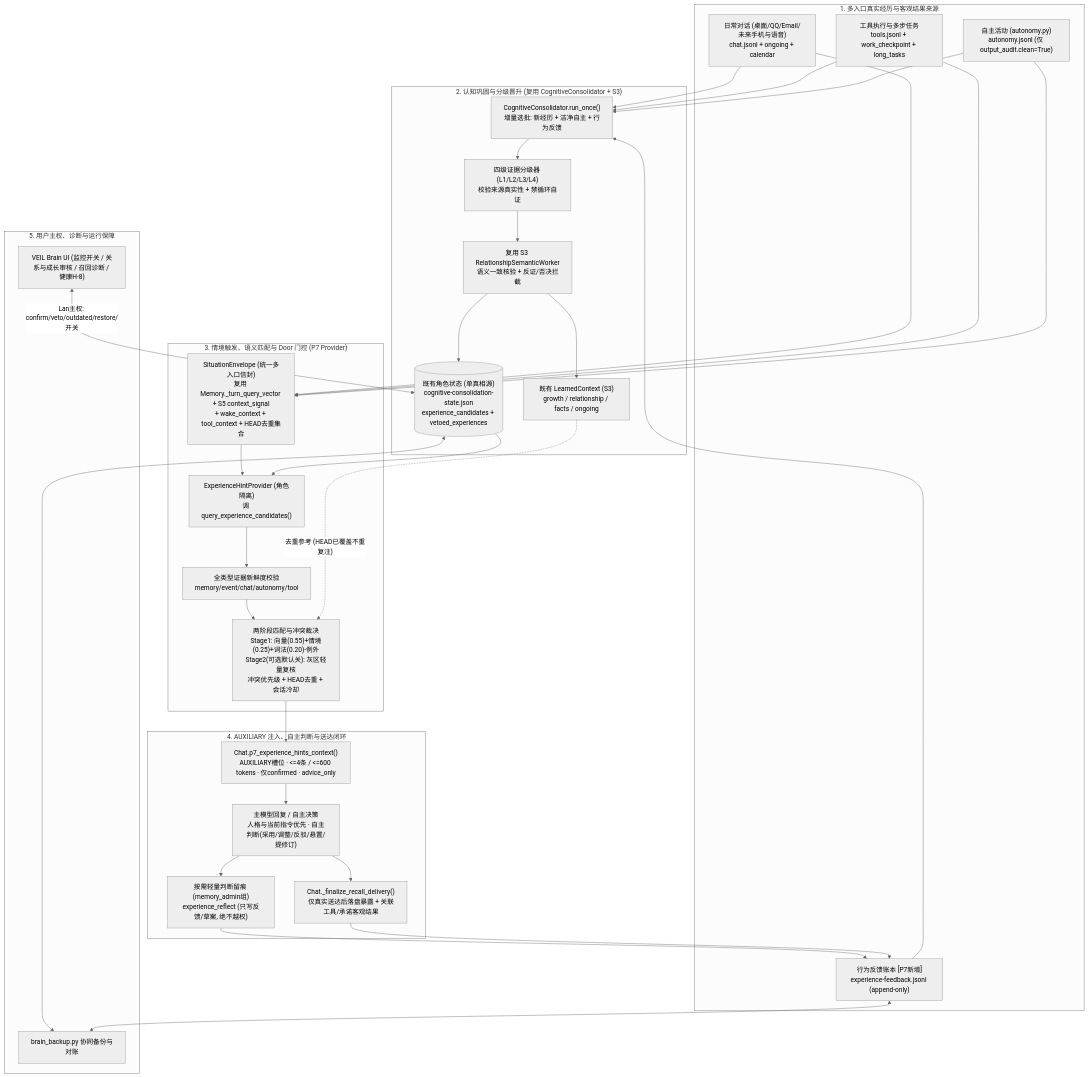
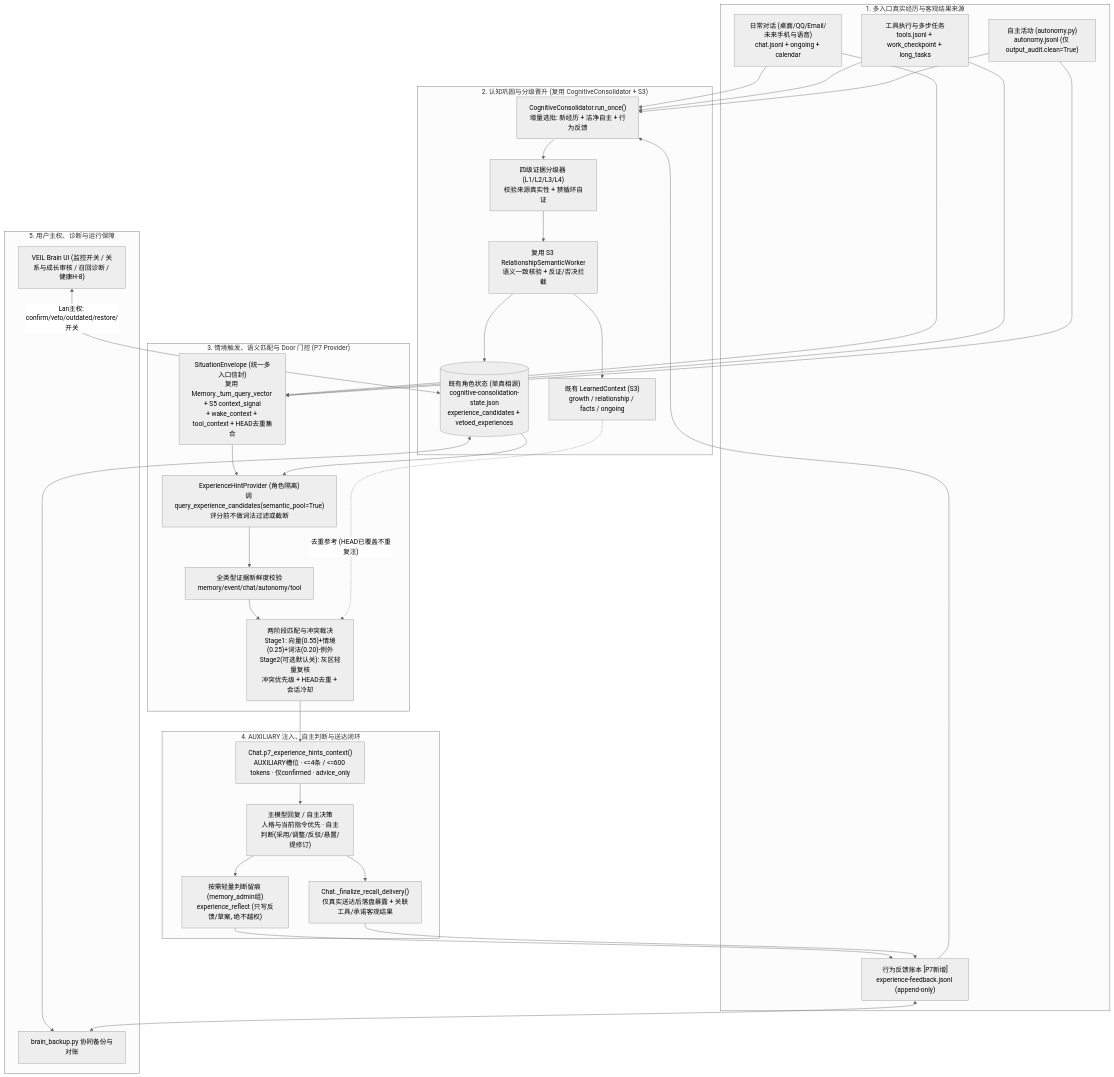
The first of 4 diagrams in docs/reports/p7-0-experience-injection-construction-plan-20261128.md (yecays-ai/veil-agent), drawn with Mermaid (neutral theme) before and after one commit. The commit also changed other lines of this file, not shown here.

Commit message:
docs: close P7 semantic pool and disabled-cost gaps

````diff
--- a/docs/reports/p7-0-experience-injection-construction-plan-20261128.md
+++ b/docs/reports/p7-0-experience-injection-construction-plan-20261128.md
@@ -117,51 +117,51 @@
 ```mermaid
 flowchart TD
     subgraph Sources["1. 多入口真实经历与客观结果来源"]
         Chat["日常对话 (桌面/QQ/Email/未来手机与语音)<br/>chat.jsonl + ongoing + calendar"]
         Tools["工具执行与多步任务<br/>tools.jsonl + work_checkpoint + long_tasks"]
         Auto["自主活动 (autonomy.py)<br/>autonomy.jsonl (仅 output_audit.clean=True)"]
         FBLog["行为反馈账本 [P7新增]<br/>experience-feedback.jsonl (append-only)"]
     end
 
     subgraph Formation["2. 认知巩固与分级晋升 (复用 CognitiveConsolidator + S3)"]
         Cons["CognitiveConsolidator.run_once()<br/>增量选批: 新经历 + 洁净自主 + 行为反馈"]
         EvTier["四级证据分级器 (L1/L2/L3/L4)<br/>校验来源真实性 + 禁循环自证"]
         S3Ver["复用 S3 RelationshipSemanticWorker<br/>语义一致核验 + 反证/否决拦截"]
         ExpStore[("既有角色状态 (单真相源)<br/>cognitive-consolidation-state.json<br/>experience_candidates + vetoed_experiences")]
         LC["既有 LearnedContext (S3)<br/>growth / relationship / facts / ongoing"]
     end
 
     subgraph Trigger["3. 情境触发、语义匹配与 Door 门控 (P7 Provider)"]
         Env["SituationEnvelope (统一多入口信封)<br/>复用 Memory._turn_query_vector + S5 context_signal<br/>+ wake_context + tool_context + HEAD去重集合"]
-        Prov["ExperienceHintProvider (角色隔离)<br/>调 query_experience_candidates()"]
+        Prov["ExperienceHintProvider (角色隔离)<br/>调 query_experience_candidates(semantic_pool=True)<br/>评分前不做词法过滤或截断"]
         Fresh["全类型证据新鲜度校验<br/>memory/event/chat/autonomy/tool"]
         Match["两阶段匹配与冲突裁决<br/>Stage1: 向量(0.55)+情境(0.25)+词法(0.20)-例外<br/>Stage2(可选默认关): 灰区轻量复核<br/>冲突优先级 + HEAD去重 + 会话冷却"]
     end
 
     subgraph Runtime["4. AUXILIARY 注入、自主判断与送达闭环"]
         Slot["Chat.p7_experience_hints_context()<br/>AUXILIARY槽位 · <=4条 / <=600 tokens · 仅confirmed · advice_only"]
         Model["主模型回复 / 自主决策<br/>人格与当前指令优先 · 自主判断(采用/调整/反驳/悬置/提修订)"]
         Reflect["按需轻量判断留痕 (memory_admin组)<br/>experience_reflect (只写反馈/草案, 绝不越权)"]
         Deliver["Chat._finalize_recall_delivery()<br/>仅真实送达后落盘暴露 + 关联工具/承诺客观结果"]
     end
 
     subgraph Gov["5. 用户主权、诊断与运行保障"]
         BrainUI["VEIL Brain UI (监控开关 / 关系与成长审核 / 召回诊断 / 健康H-8)"]
         Backup["brain_backup.py 协同备份与对账"]
     end
 
     Chat & Tools & Auto & FBLog --> Cons
     Cons --> EvTier --> S3Ver
     S3Ver --> ExpStore
     S3Ver --> LC
 
     Chat & Tools & Auto --> Env --> Prov
     ExpStore --> Prov --> Fresh --> Match --> Slot
     LC -.->|"去重参考 (HEAD已覆盖不重复注)"| Match
     Slot --> Model
     Model --> Reflect --> FBLog
     Model --> Deliver --> FBLog
 
     BrainUI <-->|"Lan主权: confirm/veto/outdated/restore/开关"| ExpStore
     ExpStore & FBLog <--> Backup
 ```
````
